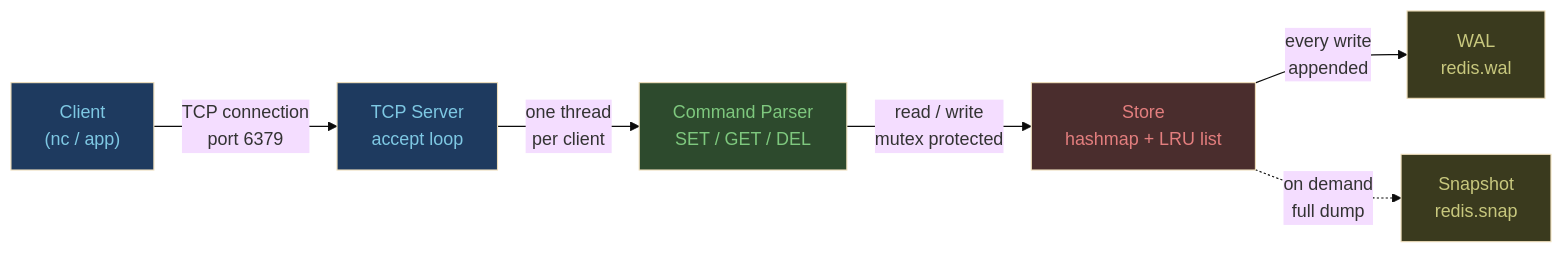
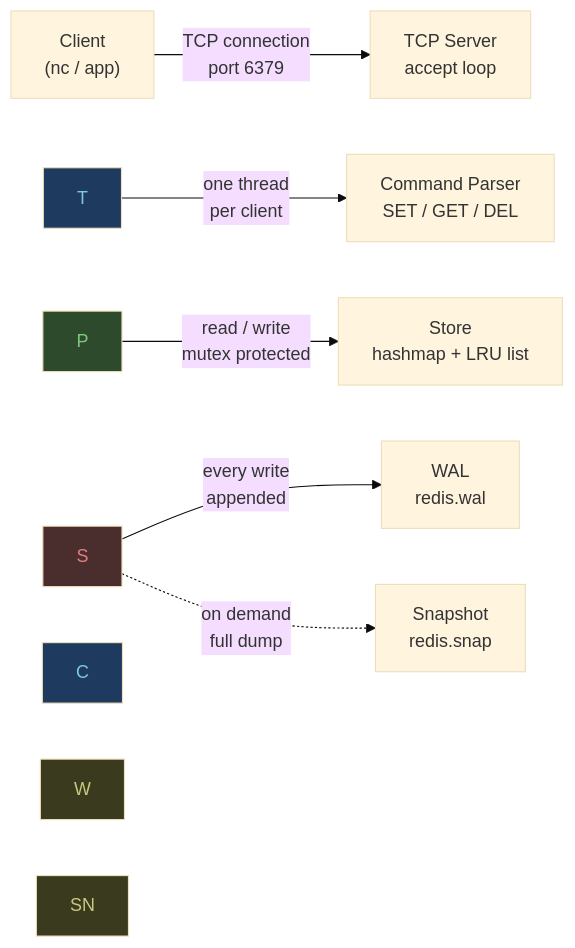
One commit to silly-scythe3072/redisClone changed the first of 3 diagrams in README.md. Above: the diagram before and after it, drawn with Mermaid (base theme). The commit also changed other lines of this file, not shown here.

````diff
--- a/README.md
+++ b/README.md
@@ -20,15 +15,15 @@
 ```mermaid
 graph LR
-    C["Client<br/>(nc / app)"] -->|"TCP connection<br/>port 6379"| T["TCP Server<br/>accept loop"]
-    T -->|"one thread<br/>per client"| P["Command Parser<br/>SET / GET / DEL"]
-    P -->|"read / write<br/>mutex protected"| S["Store<br/>hashmap + LRU list"]
-    S -->|"every write<br/>appended"| W["WAL<br/>redis.wal"]
-    S -.->|"on demand<br/>full dump"| SN["Snapshot<br/>redis.snap"]
+    C\\\["Client<br/>(nc / app)"] -->|"TCP connection<br/>port 6379"| T\\\["TCP Server<br/>accept loop"]
+    T -->|"one thread<br/>per client"| P\\\["Command Parser<br/>SET / GET / DEL"]
+    P -->|"read / write<br/>mutex protected"| S\\\["Store<br/>hashmap + LRU list"]
+    S -->|"every write<br/>appended"| W\\\["WAL<br/>redis.wal"]
+    S -.->|"on demand<br/>full dump"| SN\\\["Snapshot<br/>redis.snap"]
 
     style C fill:#1e3a5f,color:#7ec8e3
     style T fill:#1e3a5f,color:#7ec8e3
     style P fill:#2d4a2d,color:#7ec87e
     style S fill:#4a2d2d,color:#e37e7e
     style W fill:#3a3a1e,color:#c8c87e
     style SN fill:#3a3a1e,color:#c8c87e
 ```
````
